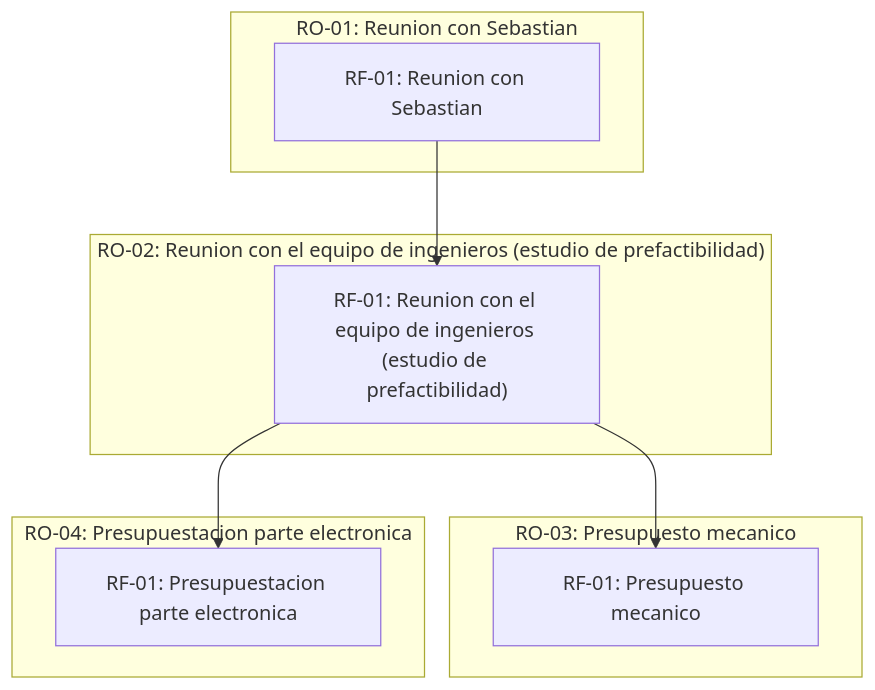
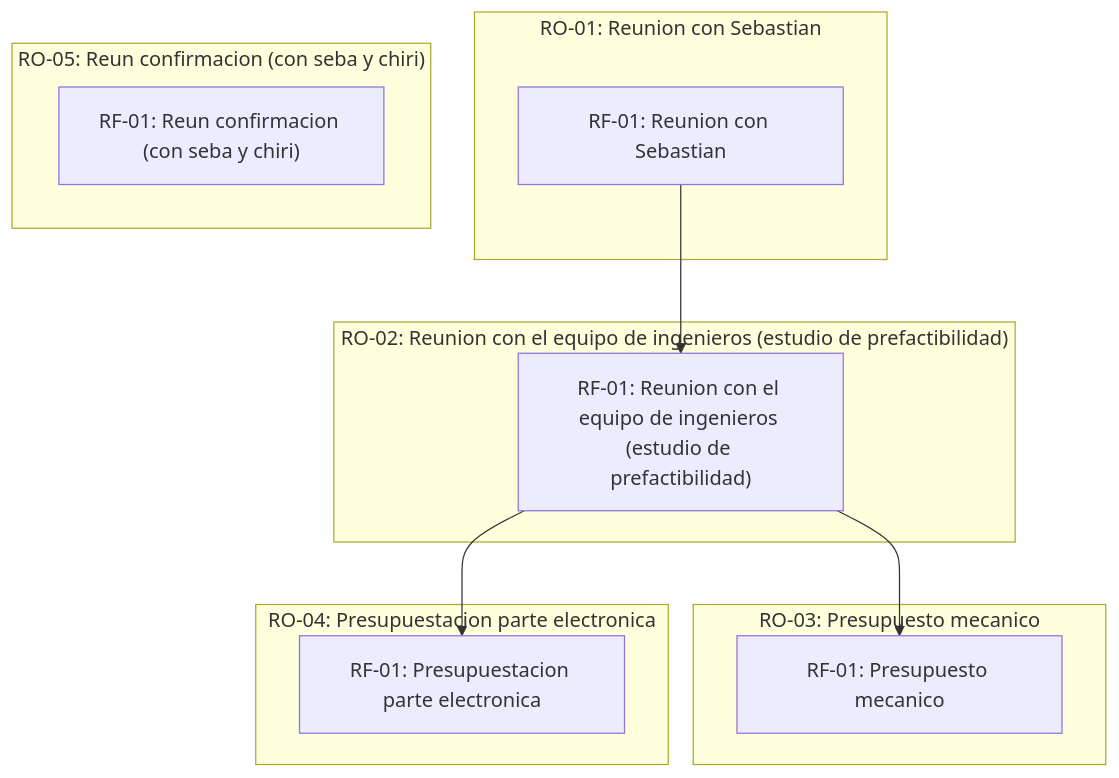
The diagram in scrumDocs/grafo.md (fiemcasals/ProyectoVAD), drawn with Mermaid before and after one commit. The commit also changed other lines of this file, not shown here.

Commit message:
Auto-publish: actualiza scrumDocs/grafo.md

````diff
--- a/scrumDocs/grafo.md
+++ b/scrumDocs/grafo.md
@@ -5,18 +5,21 @@
 ```mermaid
 graph TD
   subgraph US_1789213601492["RO-01: Reunion con Sebastian"]
     REQ_1789213601498["RF-01: Reunion con Sebastian"]
   end
   subgraph US_1789213867397["RO-02: Reunion con el equipo de ingenieros (estudio de prefactibilidad)"]
     REQ_1789213867404["RF-01: Reunion con el equipo de ingenieros (estudio de prefactibilidad)"]
   end
   subgraph US_1789214807204["RO-03: Presupuesto mecanico"]
     REQ_1789214807210["RF-01: Presupuesto mecanico"]
   end
   subgraph US_1789228644037["RO-04: Presupuestacion parte electronica"]
     REQ_1789228644049["RF-01: Presupuestacion parte electronica"]
   end
+  subgraph US_1789228786617["RO-05: Reun confirmacion (con seba y chiri)"]
+    REQ_1789228786624["RF-01: Reun confirmacion (con seba y chiri)"]
+  end
   REQ_1789213601498 --> REQ_1789213867404
   REQ_1789213867404 --> REQ_1789214807210
   REQ_1789213867404 --> REQ_1789228644049
 ```
````
